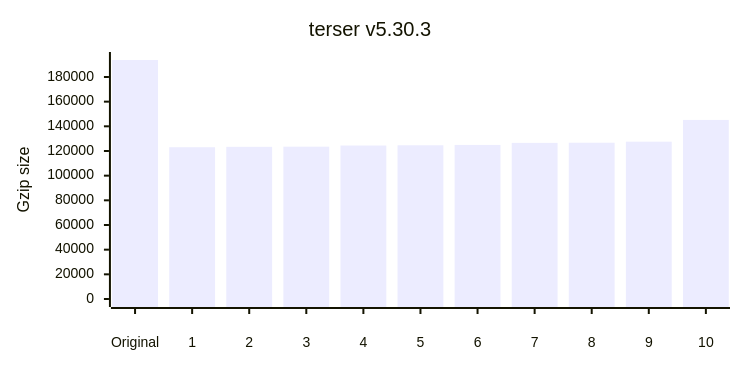
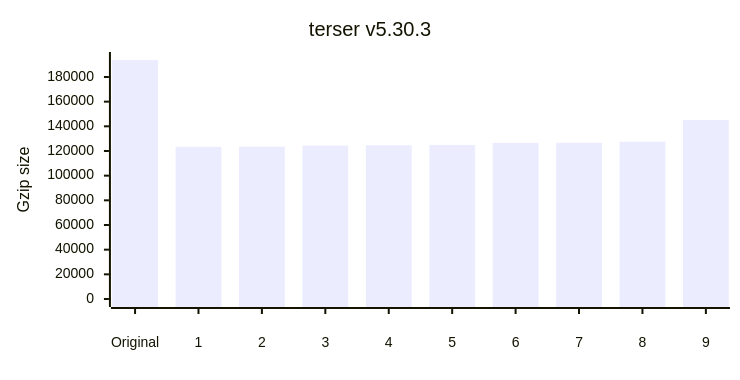
Before and after one commit to privatenumber/minification-benchmarks: the seventh of 12 diagrams in README.md, drawn with Mermaid. The commit also changed other lines of this file and 1 other file, not shown here.

````diff
--- a/README.md
+++ b/README.md
@@ -303,17 +303,17 @@
 ```mermaid
 ---
 config:
     xyChart:
         width: 720
         height: 360
         xAxis:
             labelPadding: 20
         yAxis:
             labelPadding: 10
 ---
 xychart-beta
 	title "terser v5.30.3"
-	x-axis ["Original",1,2,3,4,5,6,7,8,9,10]
+	x-axis ["Original",1,2,3,4,5,6,7,8,9]
 	y-axis "Gzip size" 0 --> 193763
-	bar [193763,123059,123351,123502,124428,124609,124900,126562,126706,127551,145178]
+	bar [193763,123351,123502,124428,124609,124900,126562,126706,127551,145178]
 ```
````
